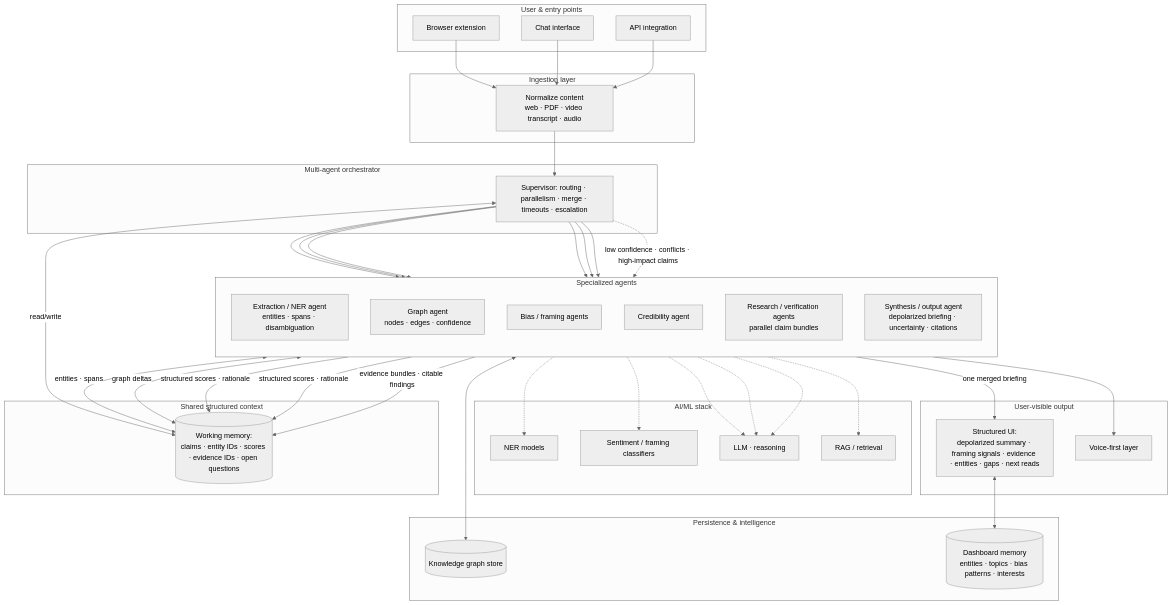
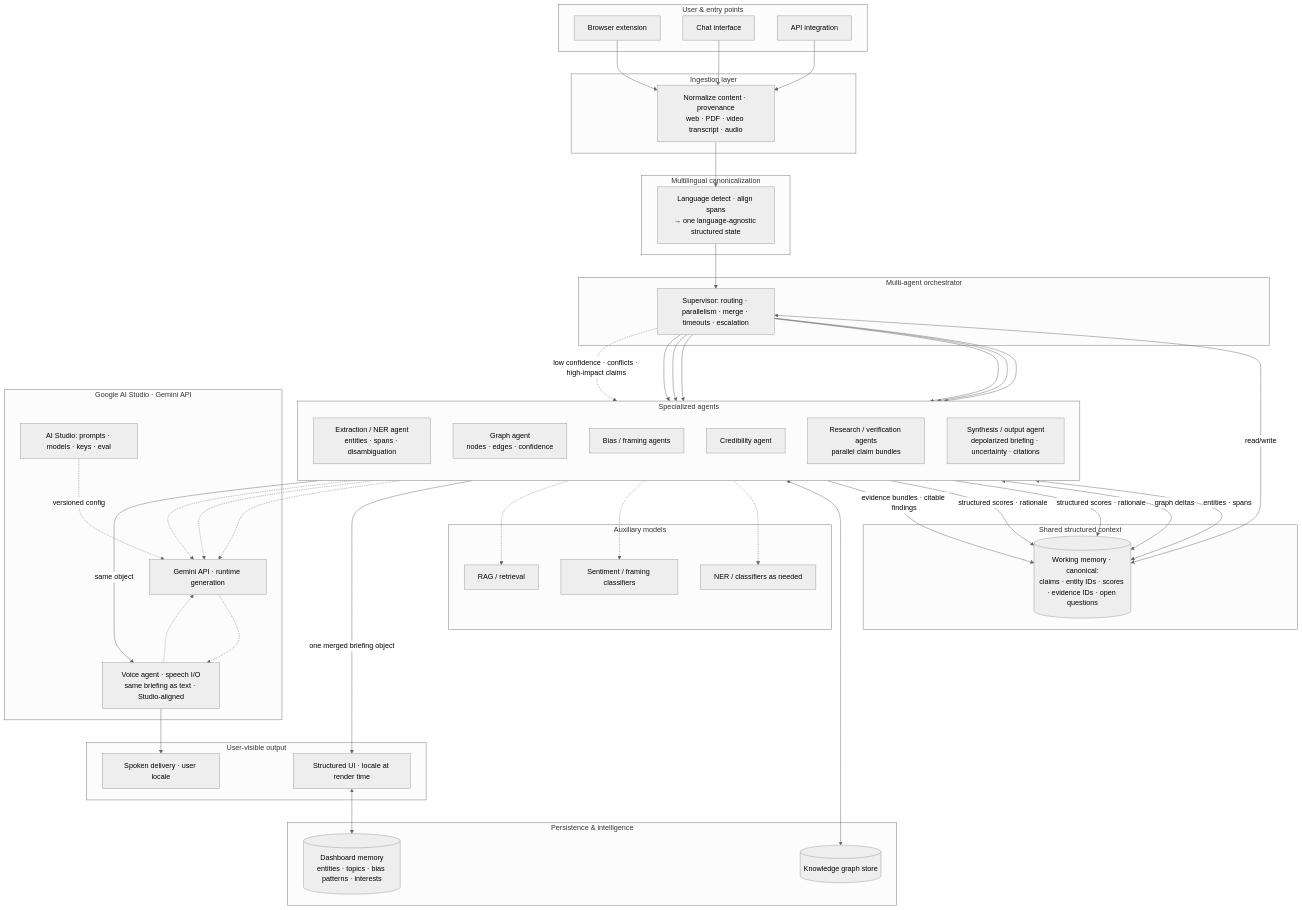
The diagram in docs/architecture.md (ruaribradburn/verity), drawn with Mermaid (neutral theme) before and after one commit. The commit also changed other lines of this file and 1 other file, not shown here.

Commit message:
docs: mandate Gemini/AI Studio API, voice agent, multilingual canonicalization

````diff
--- a/docs/architecture.md
+++ b/docs/architecture.md
@@ -11,7 +13,11 @@
   end
 
   subgraph Ingestion["Ingestion layer"]
-    ING[Normalize content<br/>web · PDF · video transcript · audio]
+    ING[Normalize content · provenance<br/>web · PDF · video transcript · audio]
+  end
+
+  subgraph I18n["Multilingual canonicalization"]
+    LANG[Language detect · align spans<br/>→ one language-agnostic structured state]
   end
 
   subgraph Orch["Multi-agent orchestrator"]
@@ -19,7 +25,7 @@
   end
 
   subgraph Shared["Shared structured context"]
-    MEM[(Working memory:<br/>claims · entity IDs · scores · evidence IDs · open questions)]
+    MEM[(Working memory · canonical:<br/>claims · entity IDs · scores · evidence IDs · open questions)]
   end
 
   subgraph Agents["Specialized agents"]
@@ -32,28 +38,34 @@
     SYN[Synthesis / output agent<br/>depolarized briefing · uncertainty · citations]
   end
 
+  subgraph GeminiStack["Google AI Studio · Gemini API"]
+    STUDIO[AI Studio: prompts · models · keys · eval]
+    GAPI[Gemini API · runtime generation]
+    VA[Voice agent · speech I/O<br/>same briefing as text · Studio-aligned]
+  end
+
   subgraph Stores["Persistence & intelligence"]
     KG[(Knowledge graph store)]
     DASH[(Dashboard memory<br/>entities · topics · bias patterns · interests)]
   end
 
-  subgraph Models["AI/ML stack"]
-    LLM[LLM · reasoning]
-    NER_M[NER models]
+  subgraph AuxModels["Auxiliary models"]
+    NER_M[NER / classifiers as needed]
     SENT[Sentiment / framing classifiers]
     RAG[RAG / retrieval]
   end
 
   subgraph Output["User-visible output"]
-    UI[Structured UI:<br/>depolarized summary · framing signals · evidence · entities · gaps · next reads]
-    VOICE[Voice-first layer]
+    UI[Structured UI · locale at render time]
+    VOICE[Spoken delivery · user locale]
   end
 
   EXT --> ING
   CHAT --> ING
   API --> ING
 
-  ING --> ORC
+  ING --> LANG
+  LANG --> ORC
 
   ORC <-->|read/write| MEM
   ORC --> EXT_AG
@@ -71,13 +83,16 @@
   GRAPH_AG <--> KG
   UI <--> DASH
 
+  STUDIO -.->|versioned config| GAPI
+  SYN & RES_POOL & CRED_AG & VA -.-> GAPI
   EXT_AG -.-> NER_M
   BIAS_AG -.-> SENT
-  CRED_AG & RES_POOL & SYN -.-> LLM
   RES_POOL -.-> RAG
 
-  SYN -->|one merged briefing| UI
-  SYN --> VOICE
+  SYN -->|one merged briefing object| UI
+  SYN -->|same object| VA
+  VA --> VOICE
+  GAPI -.-> VA
 
   ORC -.->|low confidence · conflicts · high-impact claims| RES_POOL
 ```
````
